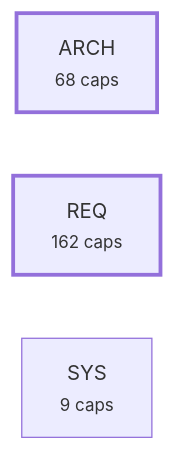
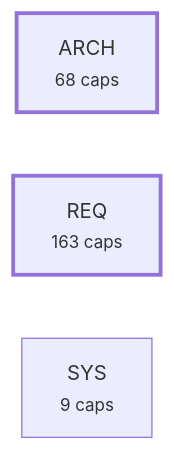
Before and after one commit to alxmax/Requirement-manager: the fourth of 5 diagrams in plugin/requirements/_map.md, drawn with Mermaid. The commit also changed other lines of this file and 14 other files, not shown here.

````diff
--- a/plugin/requirements/_map.md
+++ b/plugin/requirements/_map.md
@@ -954,8 +955,8 @@
 ```mermaid
 graph LR
   a_ARCH["ARCH<br><small>68 caps</small>"]
-  a_REQ["REQ<br><small>162 caps</small>"]
+  a_REQ["REQ<br><small>163 caps</small>"]
   a_SYS["SYS<br><small>9 caps</small>"]
   style a_ARCH stroke-width:3px
   style a_REQ stroke-width:3px
 ```
````
